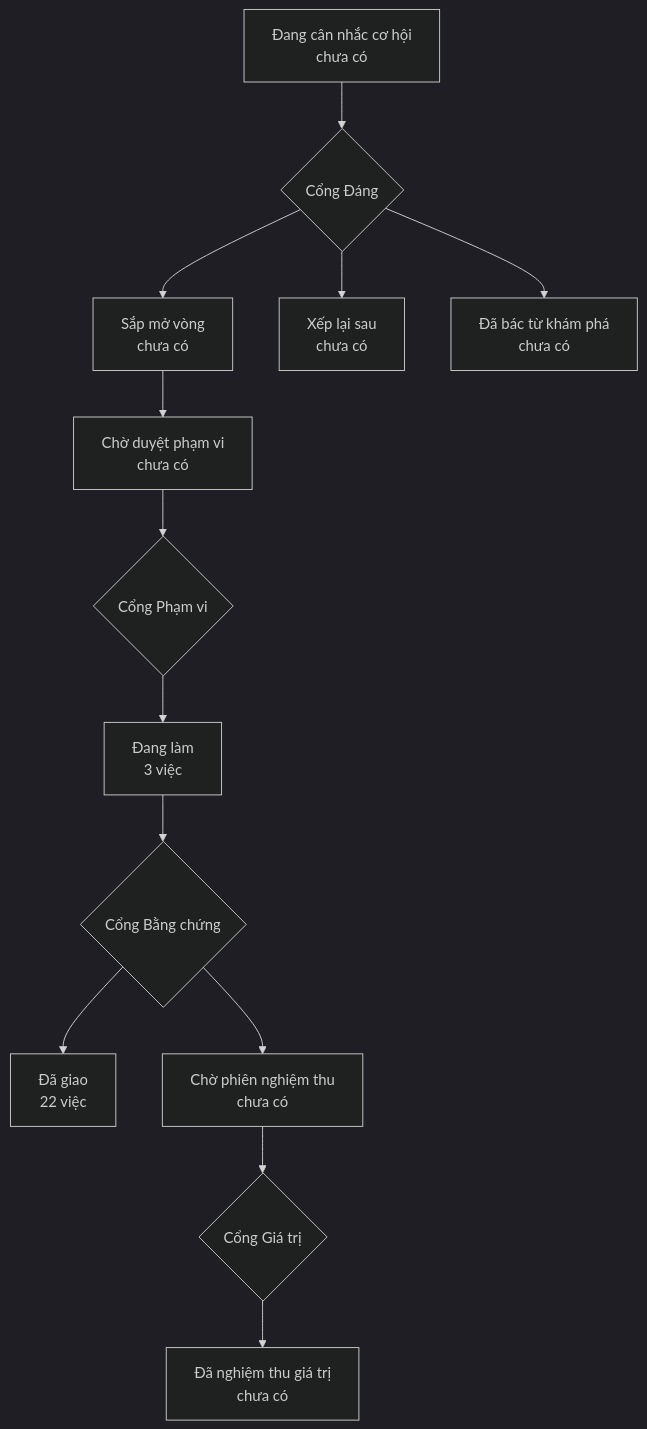
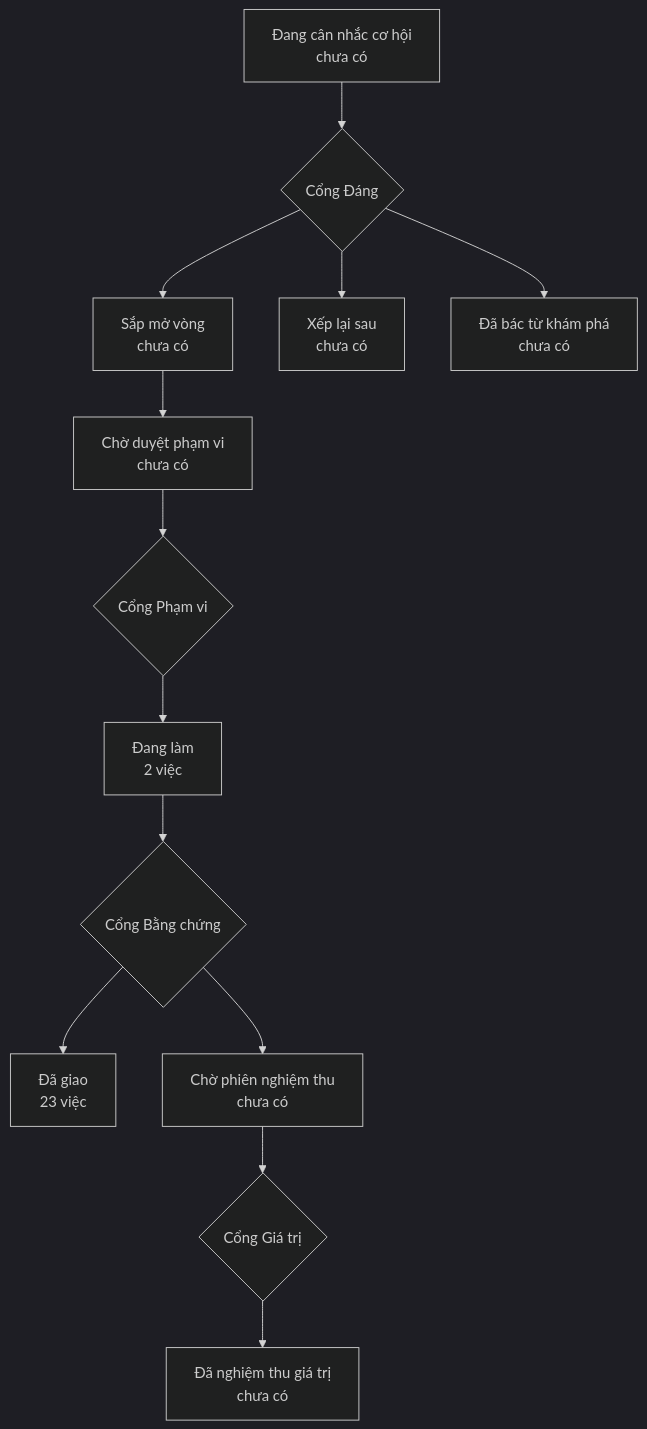
One commit to phanlemanh/acceptance-gate-kit changed the diagram in PRODUCT-MAP.md. Above: the diagram before and after it, drawn with Mermaid (dark theme). The commit also changed 3 other files, not shown here.

````diff
--- a/PRODUCT-MAP.md
+++ b/PRODUCT-MAP.md
@@ -6,12 +6,12 @@
 ```mermaid
 flowchart TD
   A["Đang cân nhắc cơ hội<br/>chưa có"] --> GD{"Cổng Đáng"}
   GD --> B["Sắp mở vòng<br/>chưa có"]
   GD --> XL["Xếp lại sau<br/>chưa có"]
   GD --> DB["Đã bác từ khám phá<br/>chưa có"]
   B --> CD["Chờ duyệt phạm vi<br/>chưa có"] --> GP{"Cổng Phạm vi"}
-  GP --> DL["Đang làm<br/>3 việc"] --> GB{"Cổng Bằng chứng"}
-  GB --> DG["Đã giao<br/>22 việc"]
+  GP --> DL["Đang làm<br/>2 việc"] --> GB{"Cổng Bằng chứng"}
+  GB --> DG["Đã giao<br/>23 việc"]
   GB --> CN["Chờ phiên nghiệm thu<br/>chưa có"] --> GG{"Cổng Giá trị"}
   GG --> NT["Đã nghiệm thu giá trị<br/>chưa có"]
 ```
````
